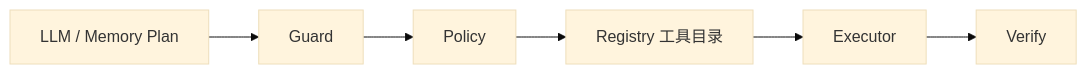
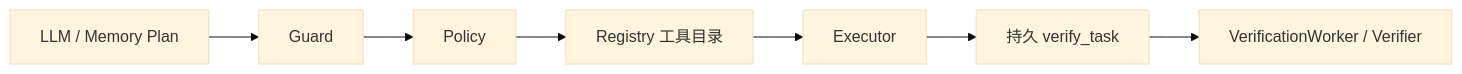
Before and after one commit to shentry/AI-Ops: the sixth of 10 diagrams in docs/current-architecture.md, drawn with Mermaid (base theme). The commit also changed other lines of this file and 153 other files, not shown here.

````diff
--- a/docs/current-architecture.md
+++ b/docs/current-architecture.md
@@ -421,8 +433,9 @@
 ```mermaid
 flowchart LR
     PLAN["LLM / Memory Plan"] --> GUARD["Guard"]
     GUARD --> POLICY["Policy"]
     POLICY --> TOOL["Registry 工具目录"]
     TOOL --> EXEC["Executor"]
-    EXEC --> VERIFY["Verify"]
+    EXEC --> TASK["持久 verify_task"]
+    TASK --> VERIFY["VerificationWorker / Verifier"]
 ```
````
